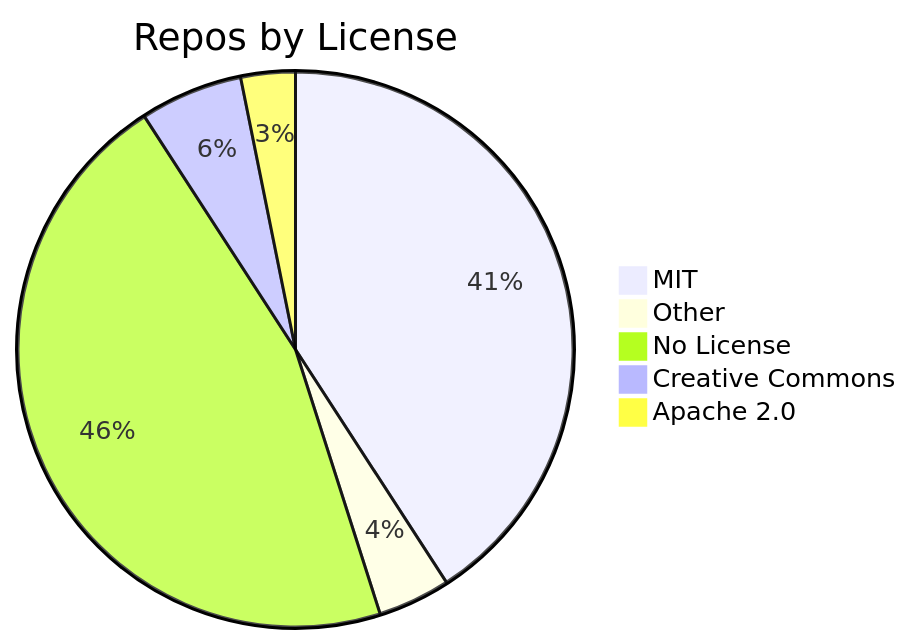
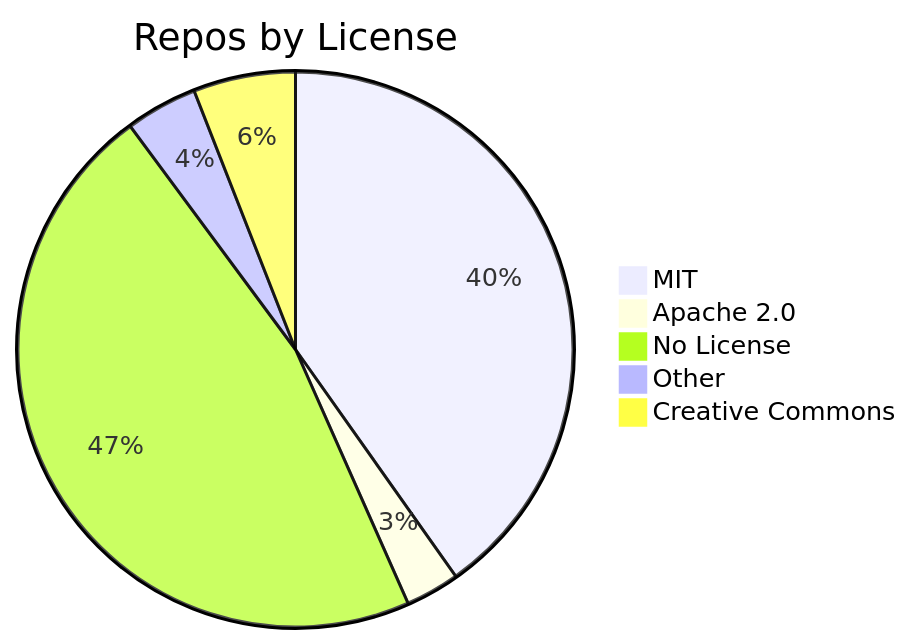
The diagram in README.md (jpatterson933/awesome-mcp-server-repo-index), drawn with Mermaid before and after one commit. The commit also changed other lines of this file and 3 other files, not shown here.

````diff
--- a/README.md
+++ b/README.md
@@ -29,8 +29,8 @@
 ```mermaid
 pie title Repos by License
-    "MIT" : 116
+    "MIT" : 115
+    "Apache 2.0" : 9
+    "No License" : 133
     "Other" : 12
-    "No License" : 130
     "Creative Commons" : 17
-    "Apache 2.0" : 9
 ```
````
